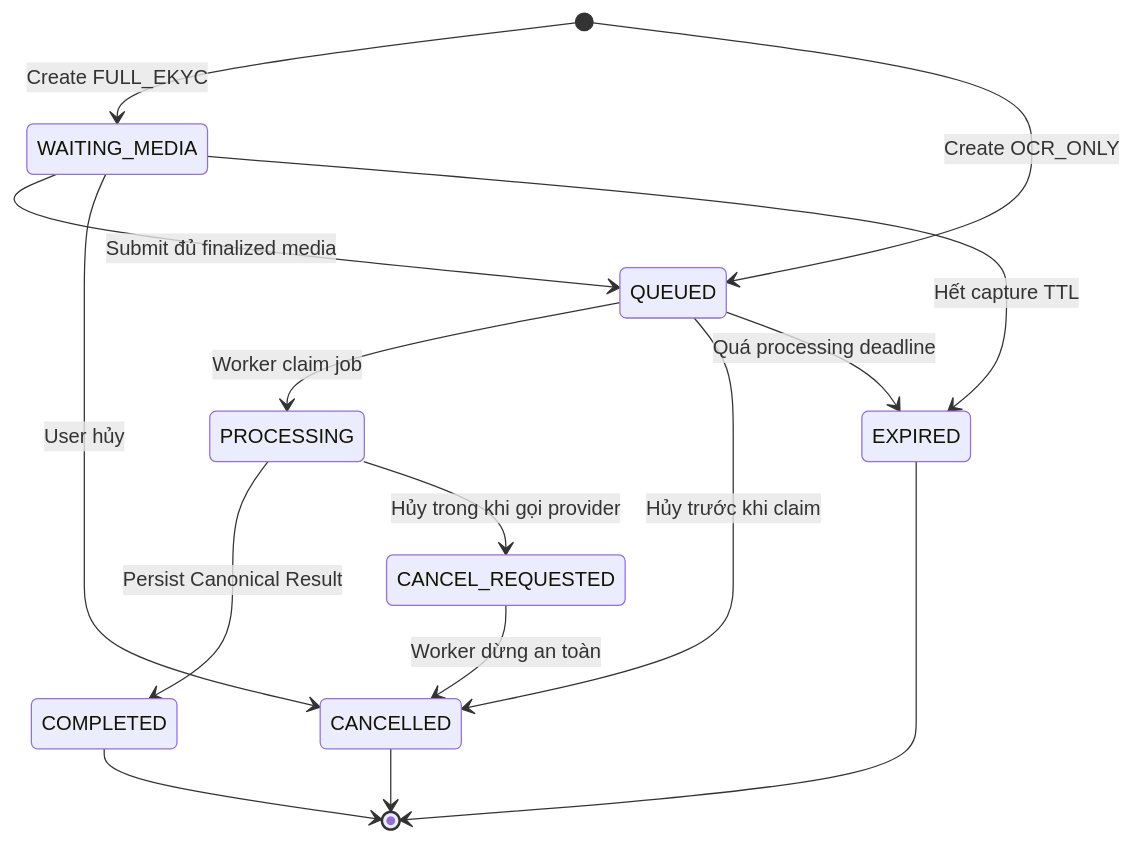
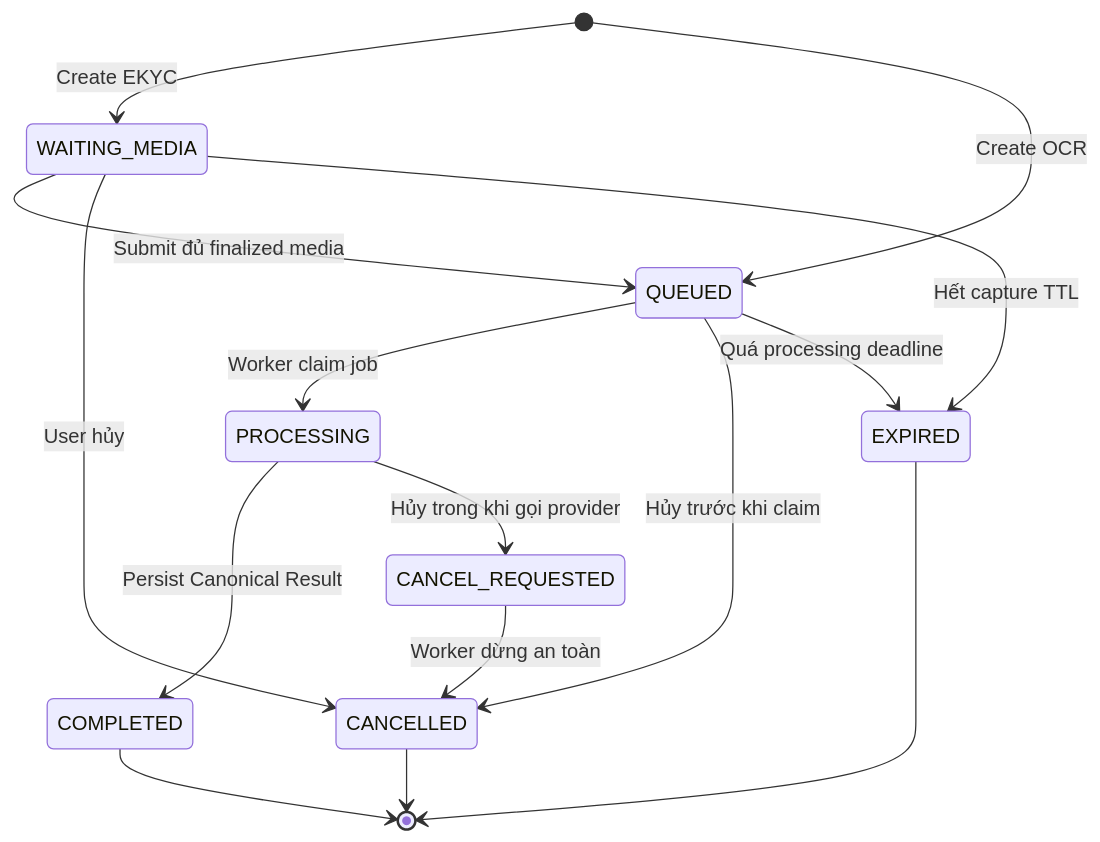
Before and after one commit to huynv-xyz/vhm: the fifth of 6 diagrams in noxh.md, drawn with Mermaid. The commit also changed other lines of this file, not shown here.

````diff
--- a/noxh.md
+++ b/noxh.md
@@ -461,17 +478,17 @@
 ```mermaid
 stateDiagram-v2
-    [*] --> WAITING_MEDIA: Create FULL_EKYC
-    [*] --> QUEUED: Create OCR_ONLY
+    [*] --> WAITING_MEDIA: Create EKYC
+    [*] --> QUEUED: Create OCR
     WAITING_MEDIA --> QUEUED: Submit đủ finalized media
     WAITING_MEDIA --> CANCELLED: User hủy
     WAITING_MEDIA --> EXPIRED: Hết capture TTL
     QUEUED --> PROCESSING: Worker claim job
     QUEUED --> CANCELLED: Hủy trước khi claim
     QUEUED --> EXPIRED: Quá processing deadline
     PROCESSING --> COMPLETED: Persist Canonical Result
     PROCESSING --> CANCEL_REQUESTED: Hủy trong khi gọi provider
     CANCEL_REQUESTED --> CANCELLED: Worker dừng an toàn
     COMPLETED --> [*]
     CANCELLED --> [*]
     EXPIRED --> [*]
 ```
````
